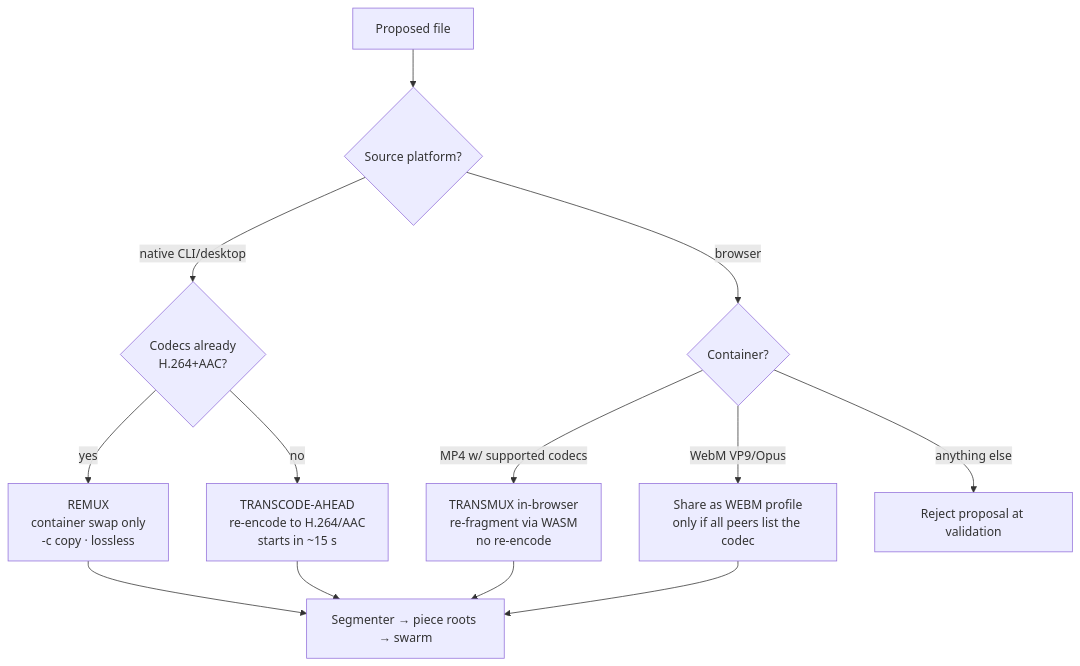
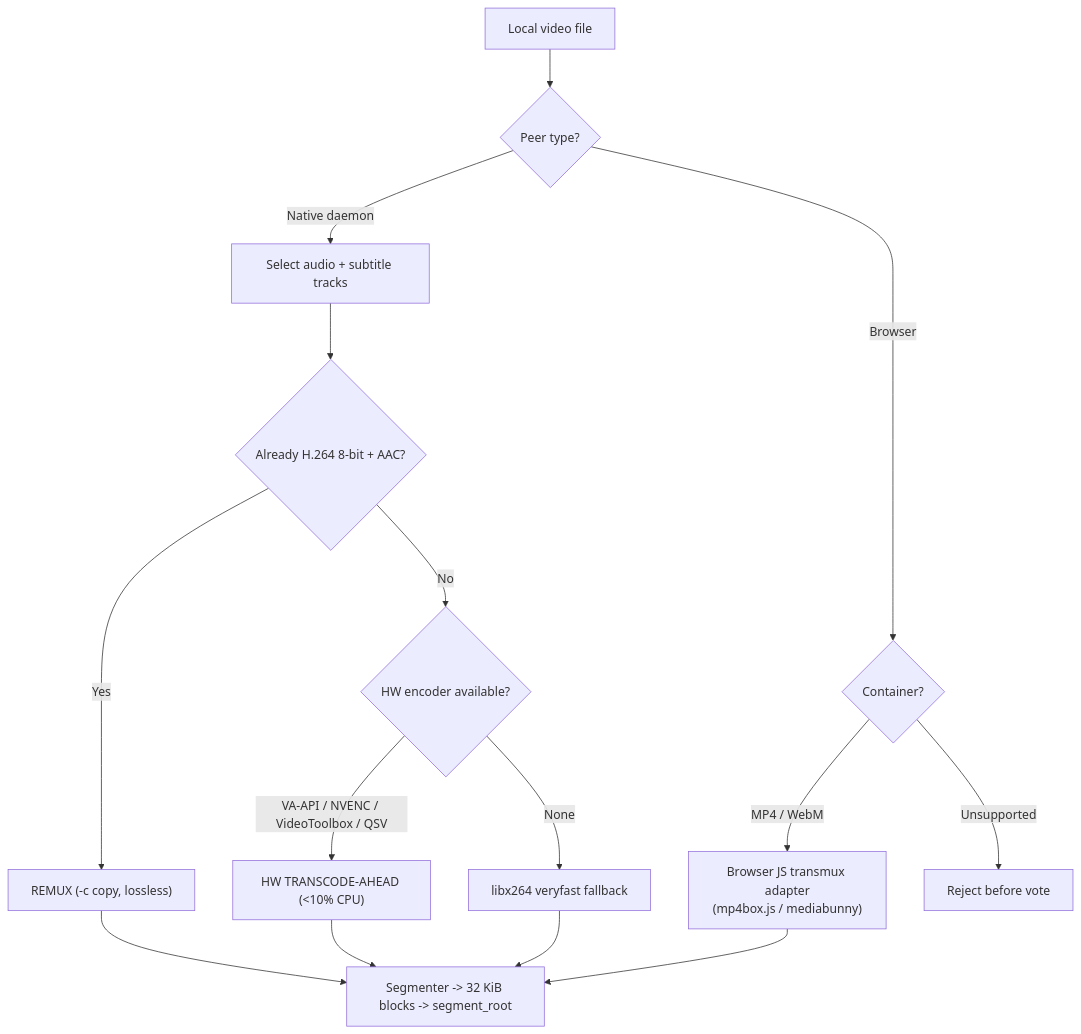
Before and after one commit to sophic00/peerwatch: the diagram in docs/design/media-pipeline.md, drawn with Mermaid. The commit also changed other lines of this file and 62 other files, not shown here.

````diff
--- a/docs/design/media-pipeline.md
+++ b/docs/design/media-pipeline.md
@@ -100,12 +51,14 @@
 ```mermaid
 flowchart TD
-    P["Proposed file"] --> Q{Source platform?}
-    Q -->|native CLI/desktop| R{Codecs already<br/>H.264+AAC?}
-    Q -->|browser| W{Container?}
-    R -->|yes| REMUX["REMUX<br/>container swap only<br/>-c copy · lossless"]
-    R -->|no| XC["TRANSCODE-AHEAD<br/>re-encode to H.264/AAC<br/>starts in ~15 s"]
-    W -->|MP4 w/ supported codecs| TMX["TRANSMUX in-browser<br/>re-fragment via WASM<br/>no re-encode"]
-    W -->|WebM VP9/Opus| WEBM["Share as WEBM profile<br/>only if all peers list the codec"]
-    W -->|anything else| REJ["Reject proposal at validation"]
-    REMUX & XC & TMX & WEBM --> SEG["Segmenter → piece roots → swarm"]
+    SRC["Local video file"] --> Q{Peer type?}
+    Q -->|Native daemon| T["Select audio + subtitle tracks"]
+    T --> C{Already H.264 8-bit + AAC?}
+    C -->|Yes| REMUX["REMUX (-c copy, lossless)"]
+    C -->|No| HW{HW encoder available?}
+    HW -->|VA-API / NVENC / VideoToolbox / QSV| XCHW["HW TRANSCODE-AHEAD (<10% CPU)"]
+    HW -->|None| XCSW["libx264 veryfast fallback"]
+    Q -->|Browser| B{Container?}
+    B -->|MP4 / WebM| JSTMX["Browser JS transmux adapter<br/>(mp4box.js / mediabunny)"]
+    B -->|Unsupported| REJ["Reject before vote"]
+    REMUX & XCHW & XCSW & JSTMX --> SEG["Segmenter -> 32 KiB blocks -> segment_root"]
 ```
````
